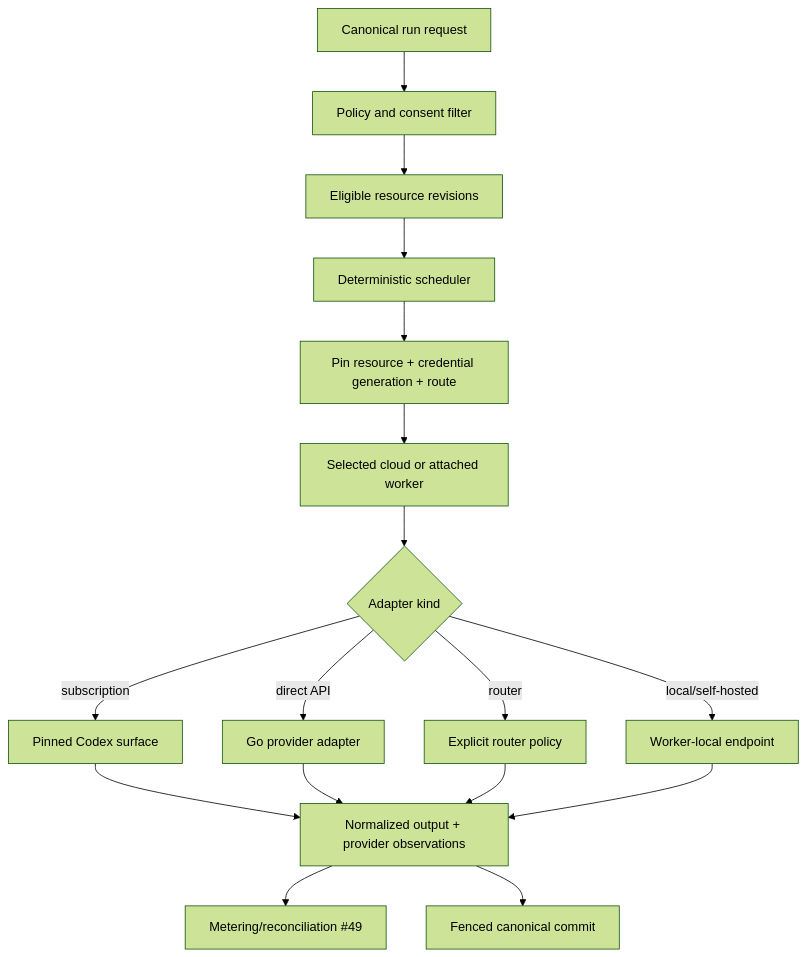
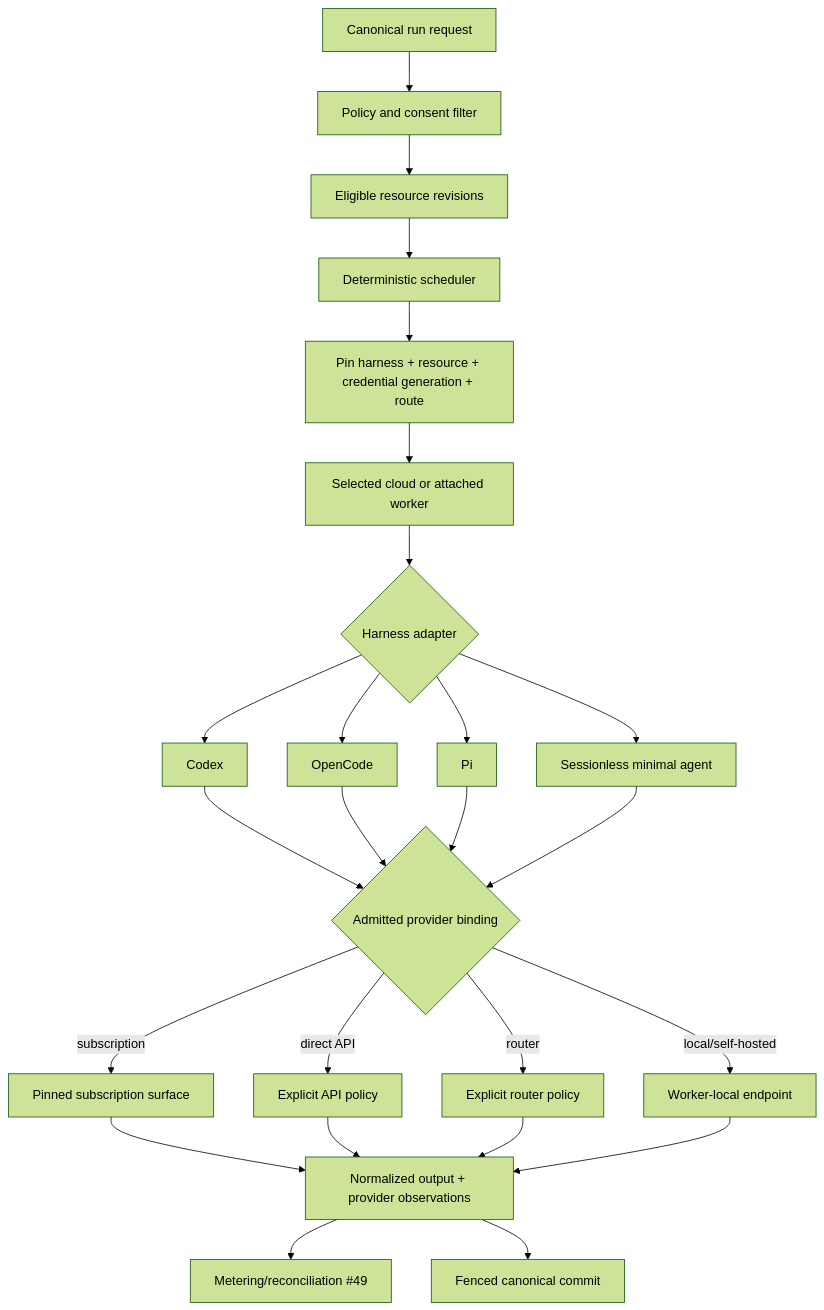
Before and after one commit to urandon/sessionless: the diagram in docs/research/ai-resources-and-federation.md, drawn with Mermaid (forest theme). The commit also changed other lines of this file and 2 other files, not shown here.

Commit message:
Design OpenRouter harness portfolio

````diff
--- a/docs/research/ai-resources-and-federation.md
+++ b/docs/research/ai-resources-and-federation.md
@@ -74,19 +86,27 @@
 ```mermaid
 flowchart TD
     R["Canonical run request"] --> P["Policy and consent filter"]
     P --> E["Eligible resource revisions"]
     E --> S["Deterministic scheduler"]
-    S --> A["Pin resource + credential generation + route"]
+    S --> A["Pin harness + resource + credential generation + route"]
     A --> W["Selected cloud or attached worker"]
-    W --> D{"Adapter kind"}
-    D -->|"subscription"| C["Pinned Codex surface"]
-    D -->|"direct API"| API["Go provider adapter"]
-    D -->|"router"| OR["Explicit router policy"]
-    D -->|"local/self-hosted"| LE["Worker-local endpoint"]
-    C --> O["Normalized output + provider observations"]
+    W --> H{"Harness adapter"}
+    H --> C["Codex"]
+    H --> OC["OpenCode"]
+    H --> PI["Pi"]
+    H --> MH["Sessionless minimal agent"]
+    C --> B{"Admitted provider binding"}
+    OC --> B
+    PI --> B
+    MH --> B
+    B -->|"subscription"| SUB["Pinned subscription surface"]
+    B -->|"direct API"| API["Explicit API policy"]
+    B -->|"router"| OR["Explicit router policy"]
+    B -->|"local/self-hosted"| LE["Worker-local endpoint"]
+    SUB --> O["Normalized output + provider observations"]
     API --> O
     OR --> O
     LE --> O
     O --> M["Metering/reconciliation #49"]
     O --> K["Fenced canonical commit"]
 ```
````
